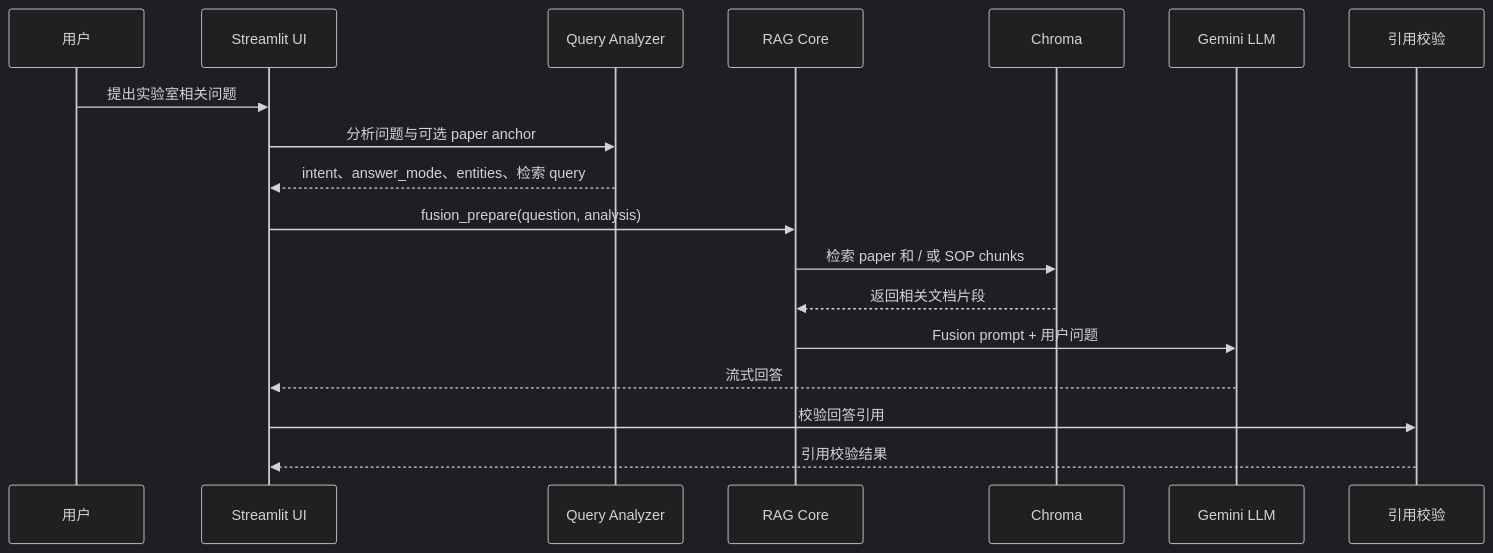
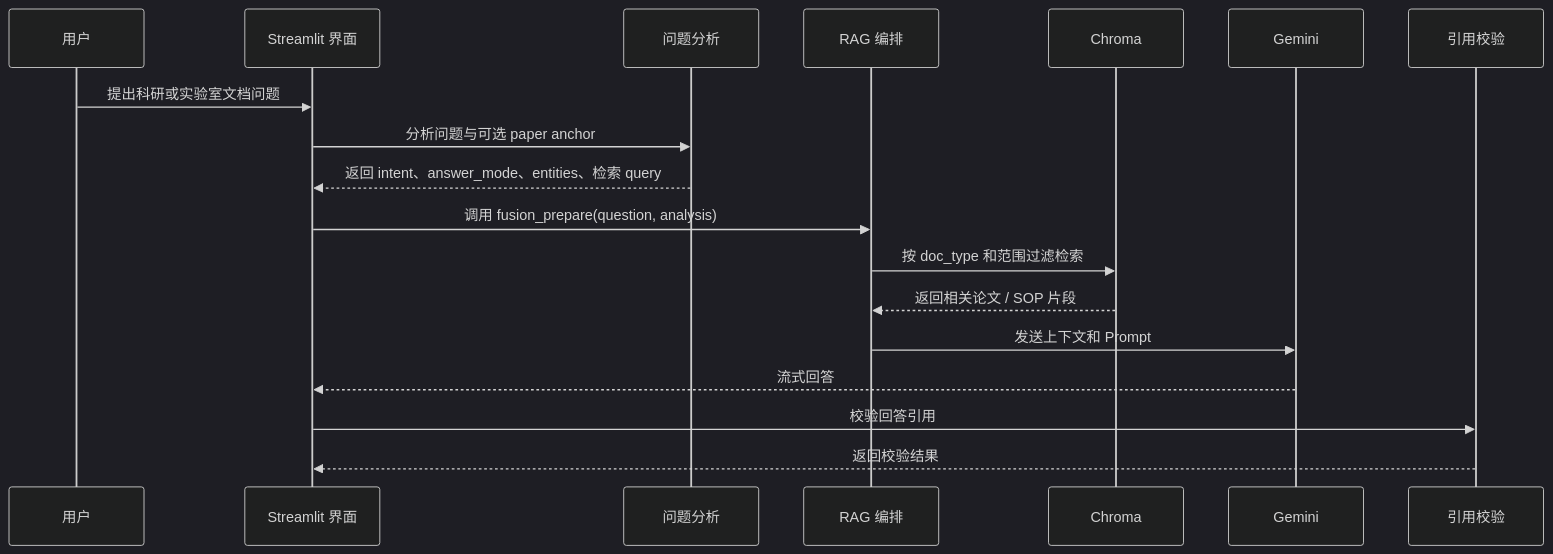
Before and after one commit to xli561980-ship-it/RMN_Agent: the second of 2 diagrams in docs/architecture.md, drawn with Mermaid (dark theme). The commit also changed other lines of this file and 3 other files, not shown here.

````diff
--- a/docs/architecture.md
+++ b/docs/architecture.md
@@ -47,21 +47,21 @@
 ```mermaid
 sequenceDiagram
     participant U as 用户
-    participant UI as Streamlit UI
-    participant QA as Query Analyzer
-    participant RAG as RAG Core
+    participant UI as Streamlit 界面
+    participant QA as 问题分析
+    participant RAG as RAG 编排
     participant DB as Chroma
-    participant LLM as Gemini LLM
+    participant LLM as Gemini
     participant CV as 引用校验
 
-    U->>UI: 提出实验室相关问题
+    U->>UI: 提出科研或实验室文档问题
     UI->>QA: 分析问题与可选 paper anchor
-    QA-->>UI: intent、answer_mode、entities、检索 query
-    UI->>RAG: fusion_prepare(question, analysis)
-    RAG->>DB: 检索 paper 和 / 或 SOP chunks
-    DB-->>RAG: 返回相关文档片段
-    RAG->>LLM: Fusion prompt + 用户问题
+    QA-->>UI: 返回 intent、answer_mode、entities、检索 query
+    UI->>RAG: 调用 fusion_prepare(question, analysis)
+    RAG->>DB: 按 doc_type 和范围过滤检索
+    DB-->>RAG: 返回相关论文 / SOP 片段
+    RAG->>LLM: 发送上下文和 Prompt
     LLM-->>UI: 流式回答
     UI->>CV: 校验回答引用
-    CV-->>UI: 引用校验结果
+    CV-->>UI: 返回校验结果
 ```
````
